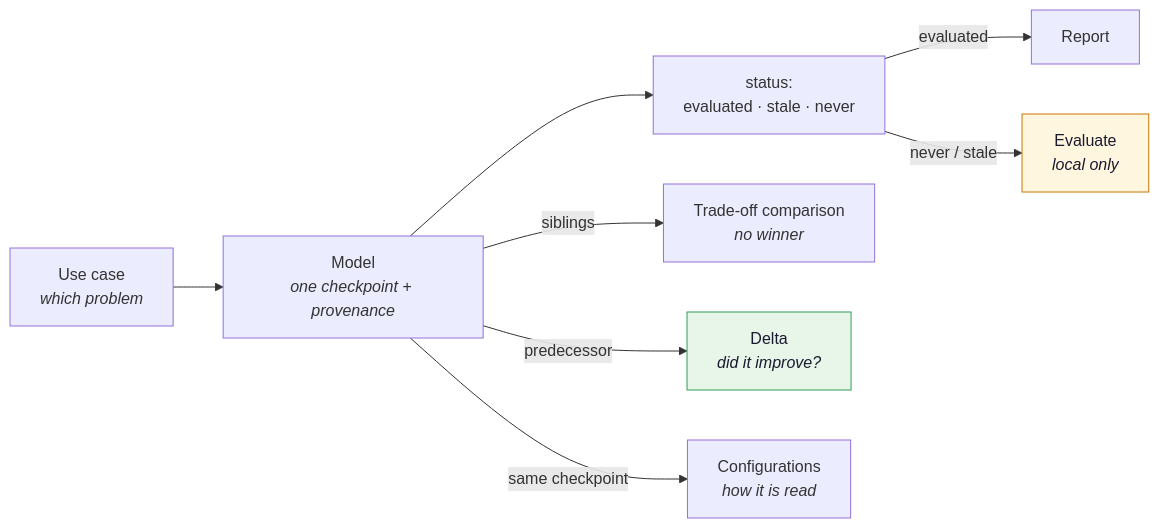
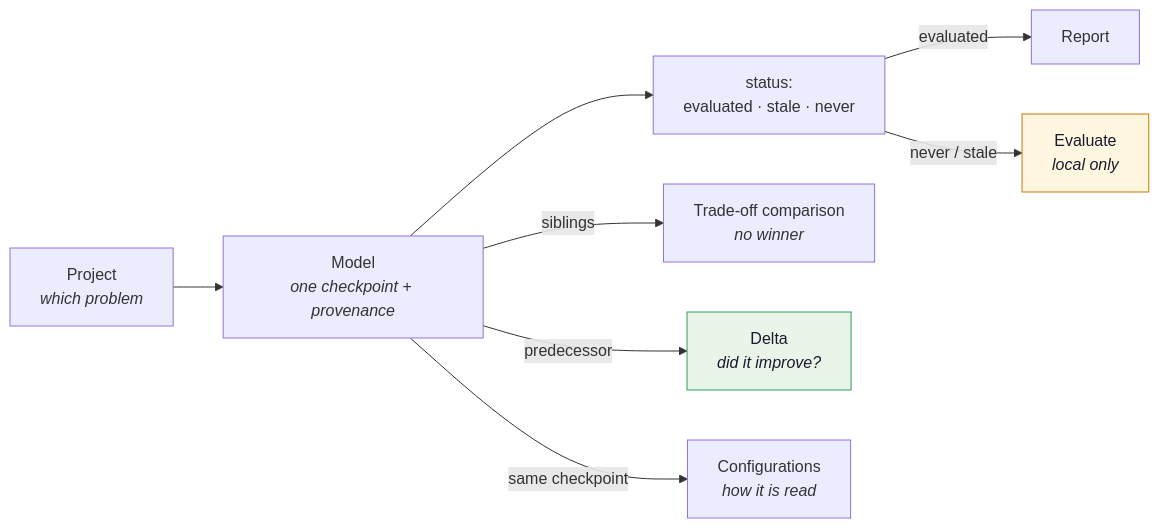
Before and after one commit to sabrinahartung/verifai-medical: the second of 2 diagrams in docs/ui-ux-design.md, drawn with Mermaid. The commit also changed other lines of this file and 1 other file, not shown here.

First line of the commit message:
Put the registry before the baseline field, and Grad-CAM's sample in the roadmap

````diff
--- a/docs/ui-ux-design.md
+++ b/docs/ui-ux-design.md
@@ -240,12 +240,12 @@
 ```mermaid
 flowchart LR
-    U["Use case<br/><i>which problem</i>"] --> M["Model<br/><i>one checkpoint + provenance</i>"]
+    U["Project<br/><i>which problem</i>"] --> M["Model<br/><i>one checkpoint + provenance</i>"]
     M --> S["status:<br/>evaluated · stale · never"]
     S -->|evaluated| R["Report"]
     S -->|never / stale| E["Evaluate<br/><i>local only</i>"]
     M -->|siblings| T["Trade-off comparison<br/><i>no winner</i>"]
     M -->|predecessor| D["Delta<br/><i>did it improve?</i>"]
     M -->|same checkpoint| C["Configurations<br/><i>how it is read</i>"]
     style E fill:#FFF6E0,stroke:#C77700,color:#1a1a2e
     style D fill:#E8F5E9,stroke:#2E9E5B,color:#1a1a2e
 ```
````
